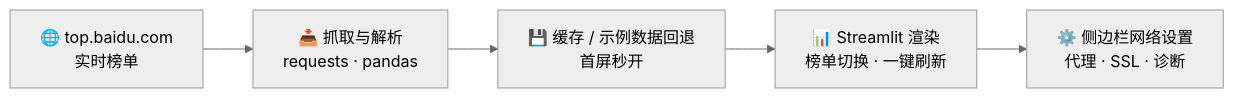
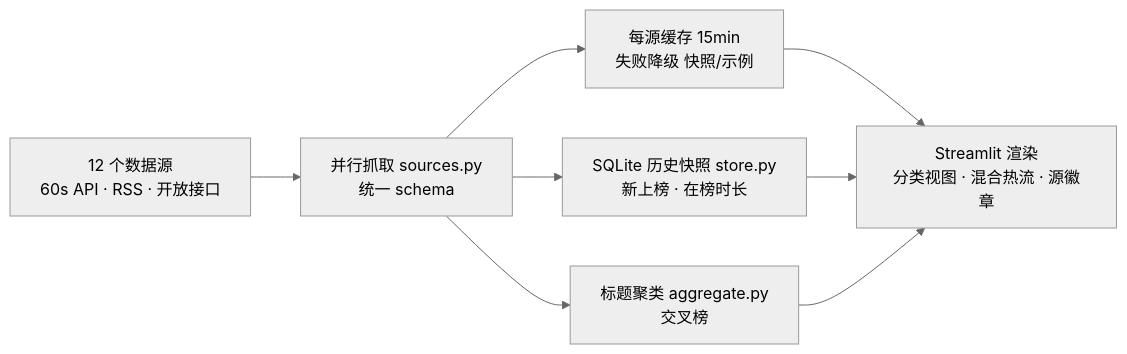
The diagram in README.zh-CN.md (Mocas-12/baiduhotsearch), drawn with Mermaid (neutral theme) before and after one commit. The commit also changed other lines of this file and 9 other files, not shown here.

````diff
--- a/README.zh-CN.md
+++ b/README.zh-CN.md
@@ -46,7 +61,10 @@
 ```mermaid
 flowchart LR
-    A[🌐 top.baidu.com<br/>实时榜单] --> B[📥 抓取与解析<br/>requests · pandas]
-    B --> C[💾 缓存 / 示例数据回退<br/>首屏秒开]
-    C --> D[📊 Streamlit 渲染<br/>榜单切换 · 一键刷新]
-    D --> E[⚙️ 侧边栏网络设置<br/>代理 · SSL · 诊断]
+    A[12 个数据源<br/>60s API · RSS · 开放接口] --> B[并行抓取 sources.py<br/>统一 schema]
+    B --> C[每源缓存 15min<br/>失败降级 快照/示例]
+    B --> D[SQLite 历史快照 store.py<br/>新上榜 · 在榜时长]
+    B --> E[标题聚类 aggregate.py<br/>交叉榜]
+    C --> F[Streamlit 渲染<br/>分类视图 · 混合热流 · 源徽章]
+    D --> F
+    E --> F
 ```
````
